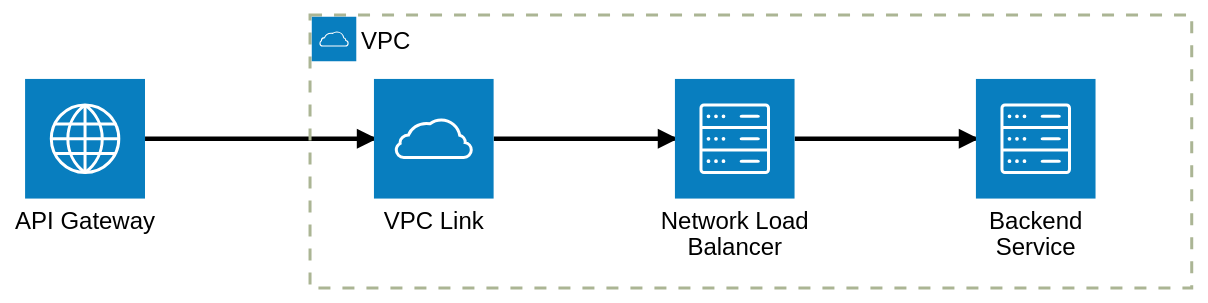
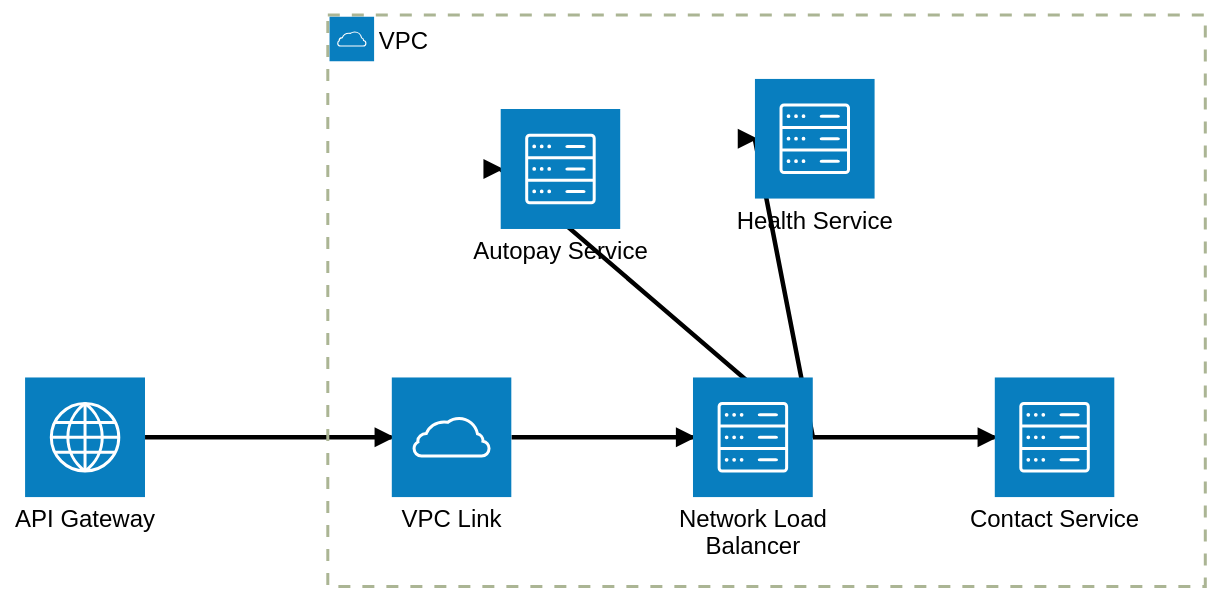
One commit to brayest/argocd-example changed the diagram in README.md. Above: the diagram before and after it, drawn with Mermaid (forest theme).

Commit message:
Change to Lambda Proxy for API GW

````diff
--- a/README.md
+++ b/README.md
@@ -1,22 +1,26 @@
 ```mermaid
 architecture-beta
     %% Define the VPC group
     group vpc(cloud)[VPC]
 
-    %% Define the API Gateway outside the VPC
+    %% Define API Gateway (External)
     service api_gateway(internet)[API Gateway]
 
-    %% Define the VPC Link within the VPC
+    %% Define VPC Link inside VPC
     service vpc_link(cloud)[VPC Link] in vpc
 
-    %% Define the Network Load Balancer within the VPC
+    %% Define Network Load Balancer inside VPC
     service nlb(server)[Network Load Balancer] in vpc
 
-    %% Define the backend service (e.g., ECS Service) within the VPC
-    service backend_service(server)[Backend Service] in vpc
+    %% Define Backend Services inside VPC
+    service health_service(server)["Health Service"] in vpc
+    service autopay_service(server)["Autopay Service"] in vpc
+    service contact_service(server)["Contact Service"] in vpc
 
     %% Define connections
     api_gateway:R --> L:vpc_link
     vpc_link:R --> L:nlb
-    nlb:R --> L:backend_service
+    nlb:R --> L:health_service
+    nlb:R --> L:autopay_service
+    nlb:R --> L:contact_service
 ```
````
